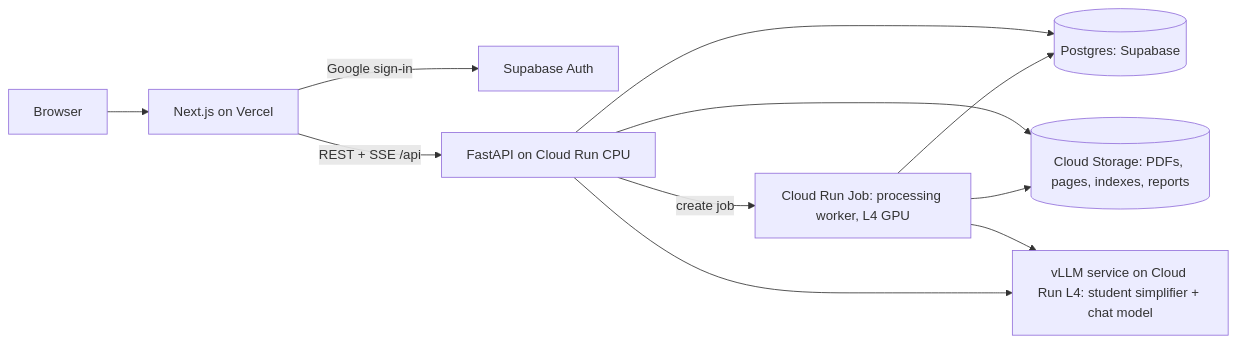
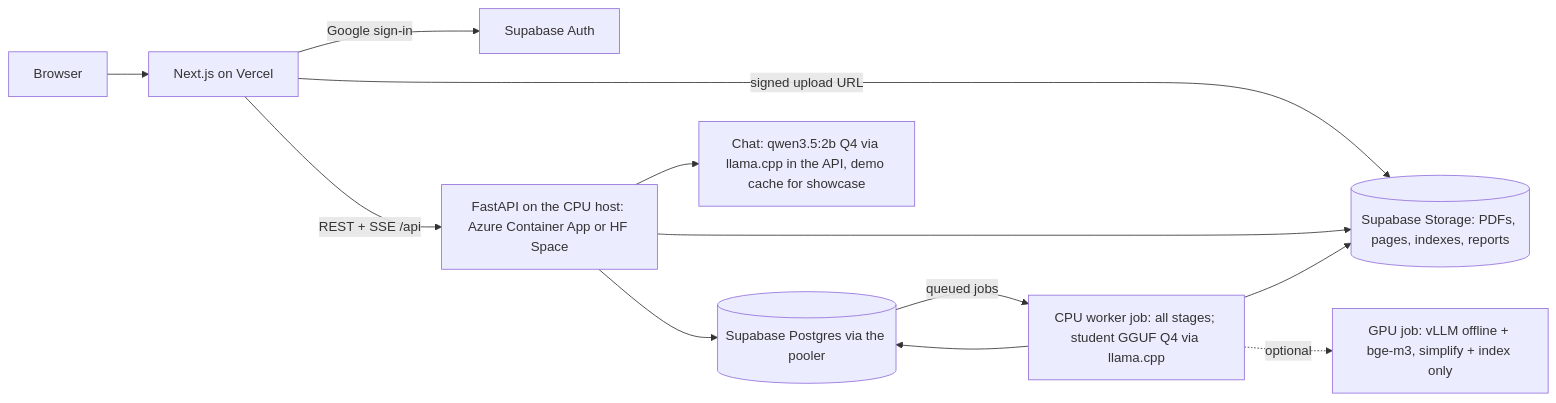
Before and after one commit to AkshatTm/FinSight-IPO-X-Ray-for-Indian-retail-investors: the first of 2 diagrams in docs/phase2/B02_ARCHITECTURE.md, drawn with Mermaid. The commit also changed other lines of this file and 10 other files, not shown here.

````diff
--- a/docs/phase2/B02_ARCHITECTURE.md
+++ b/docs/phase2/B02_ARCHITECTURE.md
@@ -13,13 +14,14 @@
 ```mermaid
 flowchart LR
   U[Browser] --> FE[Next.js on Vercel]
   FE -->|Google sign-in| AUTH[Supabase Auth]
-  FE -->|REST + SSE /api| API[FastAPI on Cloud Run CPU]
-  API --> DB[(Postgres: Supabase)]
-  API --> GCS[(Cloud Storage: PDFs, pages, indexes, reports)]
-  API -->|create job| JOB[Cloud Run Job: processing worker, L4 GPU]
-  JOB --> GCS
+  FE -->|REST + SSE /api| API[FastAPI on the CPU host: Azure Container App or HF Space]
+  FE -->|signed upload URL| ST[(Supabase Storage: PDFs, pages, indexes, reports)]
+  API --> DB[(Supabase Postgres via the pooler)]
+  API --> ST
+  DB -->|queued jobs| JOB[CPU worker job: all stages; student GGUF Q4 via llama.cpp]
+  JOB --> ST
   JOB --> DB
-  JOB --> LLM[vLLM service on Cloud Run L4: student simplifier + chat model]
-  API --> LLM
+  API --> CHAT[Chat: qwen3.5:2b Q4 via llama.cpp in the API, demo cache for showcase]
+  JOB -. optional .-> GPU[GPU job: vLLM offline + bge-m3, simplify + index only]
 ```
````
